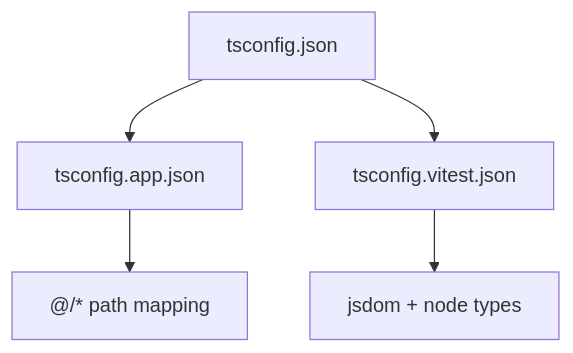
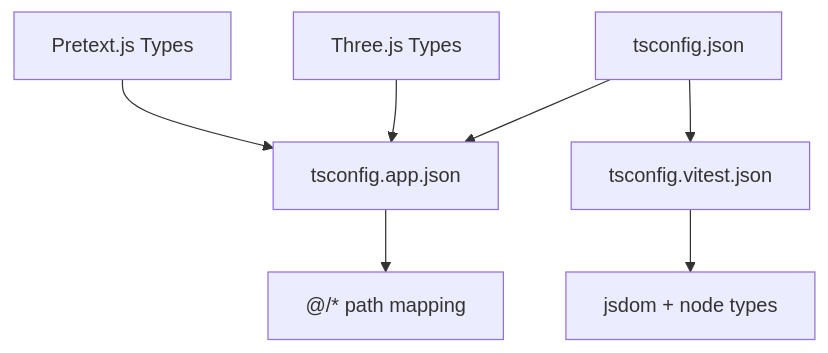
The seventh of 10 diagrams in .qoder/repowiki/en/content/Technical Implementation/Technical Implementation.md (adminfyy/adminfyy.github.io), drawn with Mermaid before and after one commit. The commit also changed other lines of this file and 34 other files, not shown here.

````diff
--- a/.qoder/repowiki/en/content/Technical Implementation/Technical Implementation.md
+++ b/.qoder/repowiki/en/content/Technical Implementation/Technical Implementation.md
@@ -213,7 +335,9 @@
 ```mermaid
 flowchart TD
 A["tsconfig.json"] --> B["tsconfig.app.json"]
 A --> C["tsconfig.vitest.json"]
 B --> D["@/* path mapping"]
 C --> E["jsdom + node types"]
+F["Three.js Types"] --> B
+G["Pretext.js Types"] --> B
 ```
````
